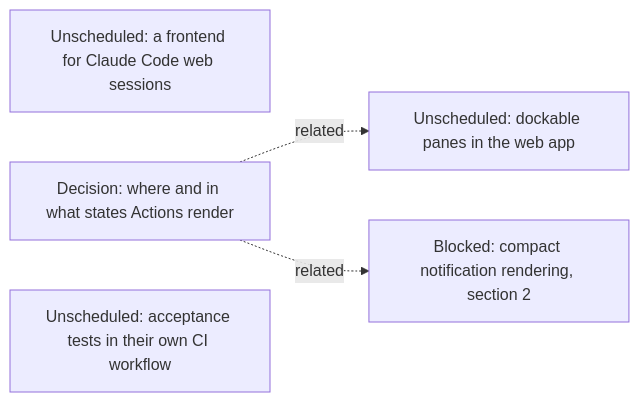
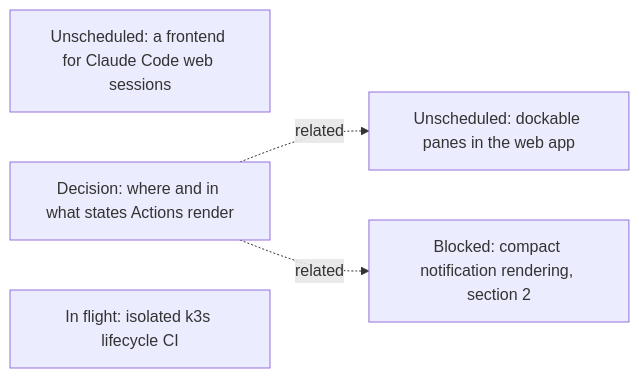
The seventh of 15 diagrams in agentplane/plans/task_dag.md (agentydragon-agent/ducktape), drawn with Mermaid before and after one commit. The commit also changed other lines of this file and 2 other files, not shown here.

First line of the commit message:
agentplane: run model-free k3s lifecycle in CI (#10502)

````diff
--- a/agentplane/plans/task_dag.md
+++ b/agentplane/plans/task_dag.md
@@ -475,10 +475,10 @@
 ```mermaid
 flowchart LR
     CLAUDE_CODE_WEB_BRIDGE[Unscheduled: a frontend for Claude Code web sessions]
     ACTION_SURFACES_DESIGN[Decision: where and in what states Actions render]
-    ISOLATED_ACCEPTANCE_CI[Unscheduled: acceptance tests in their own CI workflow]
+    ISOLATED_ACCEPTANCE_CI[In flight: isolated k3s lifecycle CI]
     DOCKABLE_PANES[Unscheduled: dockable panes in the web app]
     ACTION_SURFACES_DESIGN -. related .-> DOCKABLE_PANES
     NOTIFICATION_PRESENTATION[Blocked: compact notification rendering, section 2]
     ACTION_SURFACES_DESIGN -. related .-> NOTIFICATION_PRESENTATION
 ```
````
